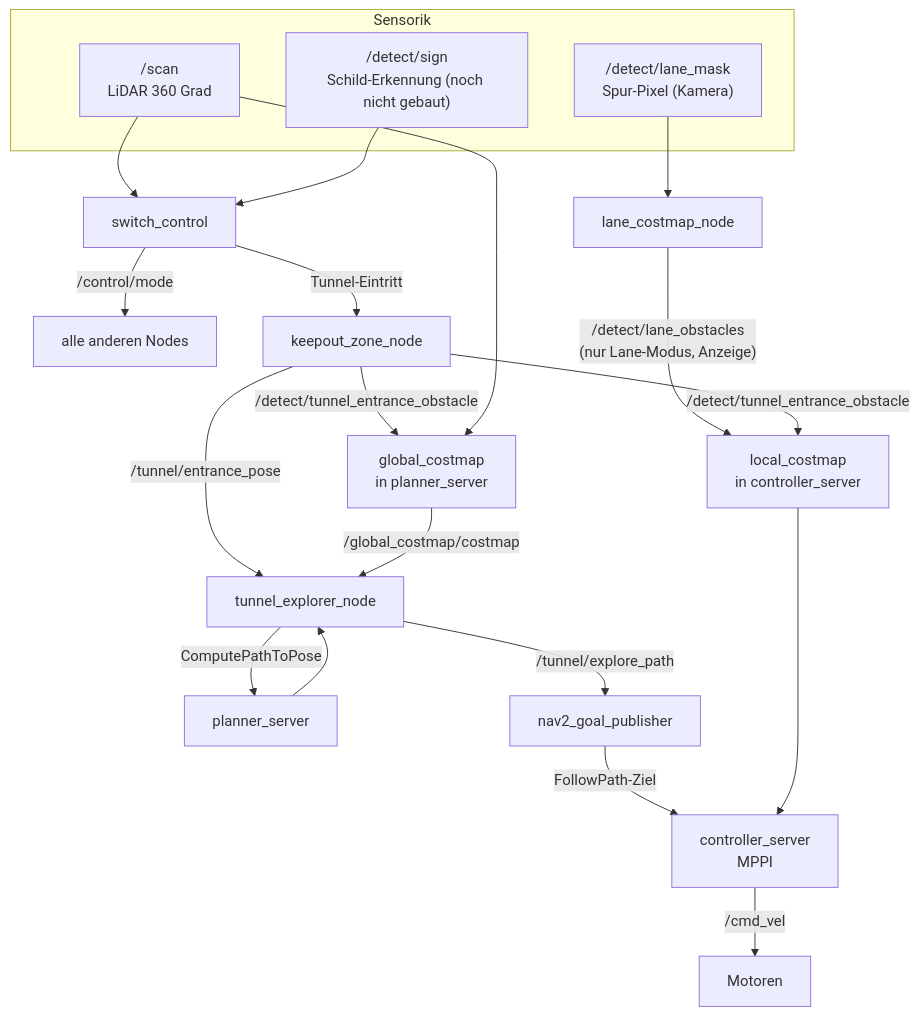
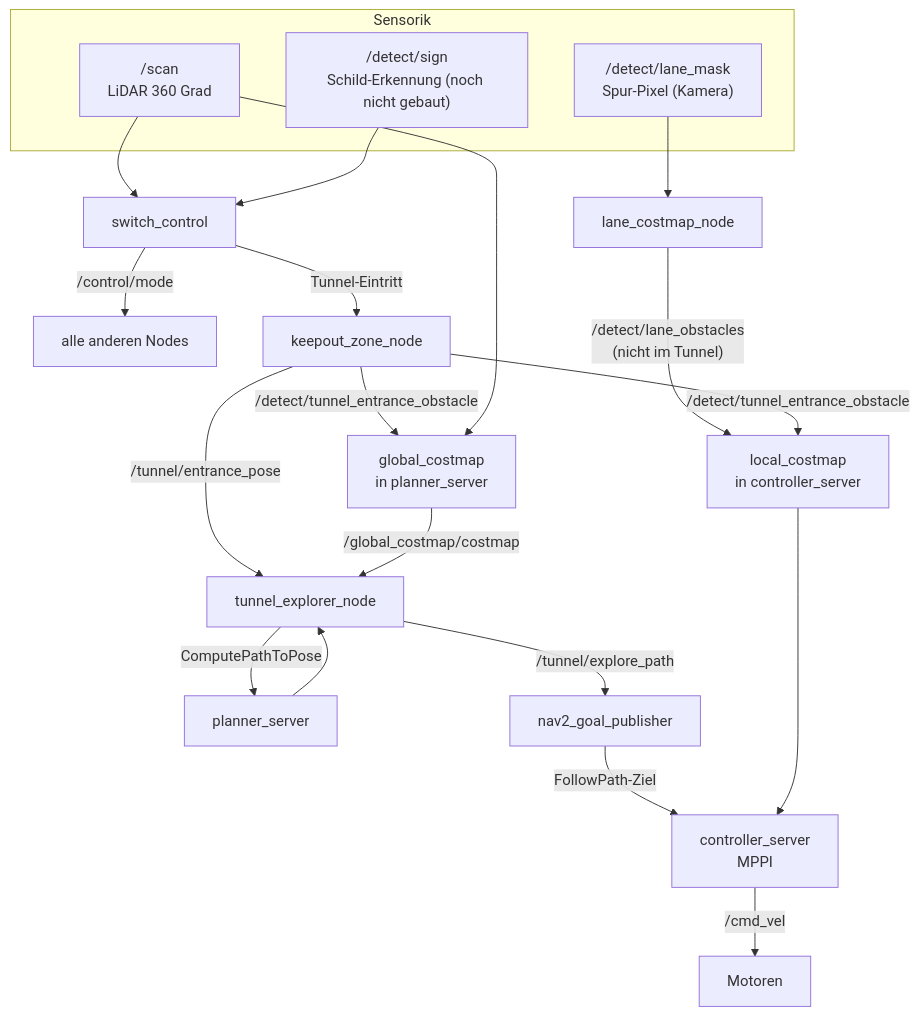
The second of 4 diagrams in docs/Nav2LocalCoastmap_Doku.md (NaiRolF878/TurtleBot3-URMC), drawn with Mermaid before and after one commit. The commit also changed other lines of this file and 1 other file, not shown here.

````diff
--- a/docs/Nav2LocalCoastmap_Doku.md
+++ b/docs/Nav2LocalCoastmap_Doku.md
@@ -59,30 +59,30 @@
 ```mermaid
 flowchart TB
     subgraph Sensorik
         SCAN["/scan\nLiDAR 360 Grad"]
         LANE["/detect/lane_mask\nSpur-Pixel (Kamera)"]
         SIGN["/detect/sign\nSchild-Erkennung (noch nicht gebaut)"]
     end
 
     SCAN --> SC[switch_control]
     SIGN --> SC
     SC -->|"/control/mode"| ALL[alle anderen Nodes]
 
     LANE --> LCM[lane_costmap_node]
-    LCM -->|"/detect/lane_obstacles\n(nur Lane-Modus, Anzeige)"| LC[local_costmap\nin controller_server]
+    LCM -->|"/detect/lane_obstacles\n(nicht im Tunnel)"| LC[local_costmap\nin controller_server]
 
     SC -->|Tunnel-Eintritt| KZ[keepout_zone_node]
     KZ -->|"/detect/tunnel_entrance_obstacle"| LC
     KZ -->|"/detect/tunnel_entrance_obstacle"| GC[global_costmap\nin planner_server]
     KZ -->|"/tunnel/entrance_pose"| TE[tunnel_explorer_node]
     SCAN --> GC
 
     GC -->|"/global_costmap/costmap"| TE
     TE -->|"ComputePathToPose"| PS[planner_server]
     PS --> TE
     TE -->|"/tunnel/explore_path"| GP[nav2_goal_publisher]
 
     GP -->|"FollowPath-Ziel"| CS[controller_server\nMPPI]
     LC --> CS
     CS -->|"/cmd_vel"| MOT[Motoren]
 ```
````
